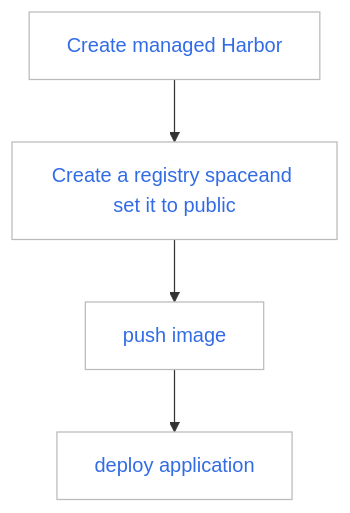
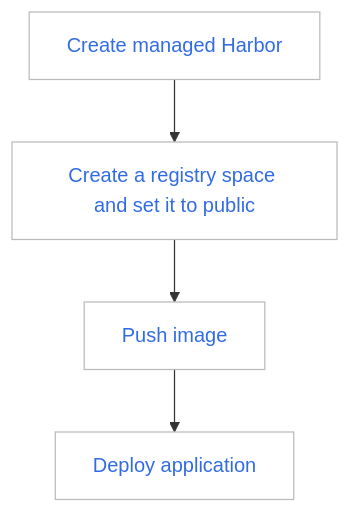
The first of 2 diagrams in docs/en/docs/kangaroo/quickstart/admin-registry.md (DaoCloud/DaoCloud-docs), drawn with Mermaid before and after one commit. The commit also changed other lines of this file and 10 other files, not shown here.

````diff
--- a/docs/en/docs/kangaroo/quickstart/admin-registry.md
+++ b/docs/en/docs/kangaroo/quickstart/admin-registry.md
@@ -17,18 +23,18 @@
-    ```mermaid
-    graph TB
+```mermaid
+graph TB
 
-    create[Create managed Harbor] --> setpublic[Create a registry spaceand set it to public]
-    --> push[push image]
-    --> deploy[deploy application]
+create[Create managed Harbor] --> setpublic[Create a registry space and set it to public]
+--> push[Push image]
+--> deploy[Deploy application]
 
-    classDef plain fill:#ddd,stroke:#fff,stroke-width:1px,color:#000;
-    classDef k8s fill:#326ce5,stroke:#fff,stroke-width:1px,color:#fff;
-    classDef cluster fill:#fff,stroke:#bbb,stroke-width:1px,color:#326ce5;
+classDef plain fill:#ddd,stroke:#fff,stroke-width:1px,color:#000;
+classDef k8s fill:#326ce5,stroke:#fff,stroke-width:1px,color:#fff;
+classDef cluster fill:#fff,stroke:#bbb,stroke-width:1px,color:#326ce5;
 
-    class create,setpublic,push,deploy cluster;
+class create,setpublic,push,deploy cluster;
 
-    click create "https://docs.daocloud.io/en/kangaroo/hosted/"
-    click setpublic "https://docs.daocloud.io/en/kangaroo/create-registry/"
-    click push "https://docs.daocloud.io/en/kangaroo/quickstart/push/"
-    click deploy "https://docs.daocloud.io/kpanda/user-guide/workloads/create-deployment/"
-    ```
+click create "https://docs.daocloud.io/en/kangaroo/hosted/"
+click setpublic "https://docs.daocloud.io/en/kangaroo/create-registry/"
+click push "https://docs.daocloud.io/en/kangaroo/quickstart/push/"
+click deploy "https://docs.daocloud.io/kpanda/user-guide/workloads/create-deployment/"
+```
````
